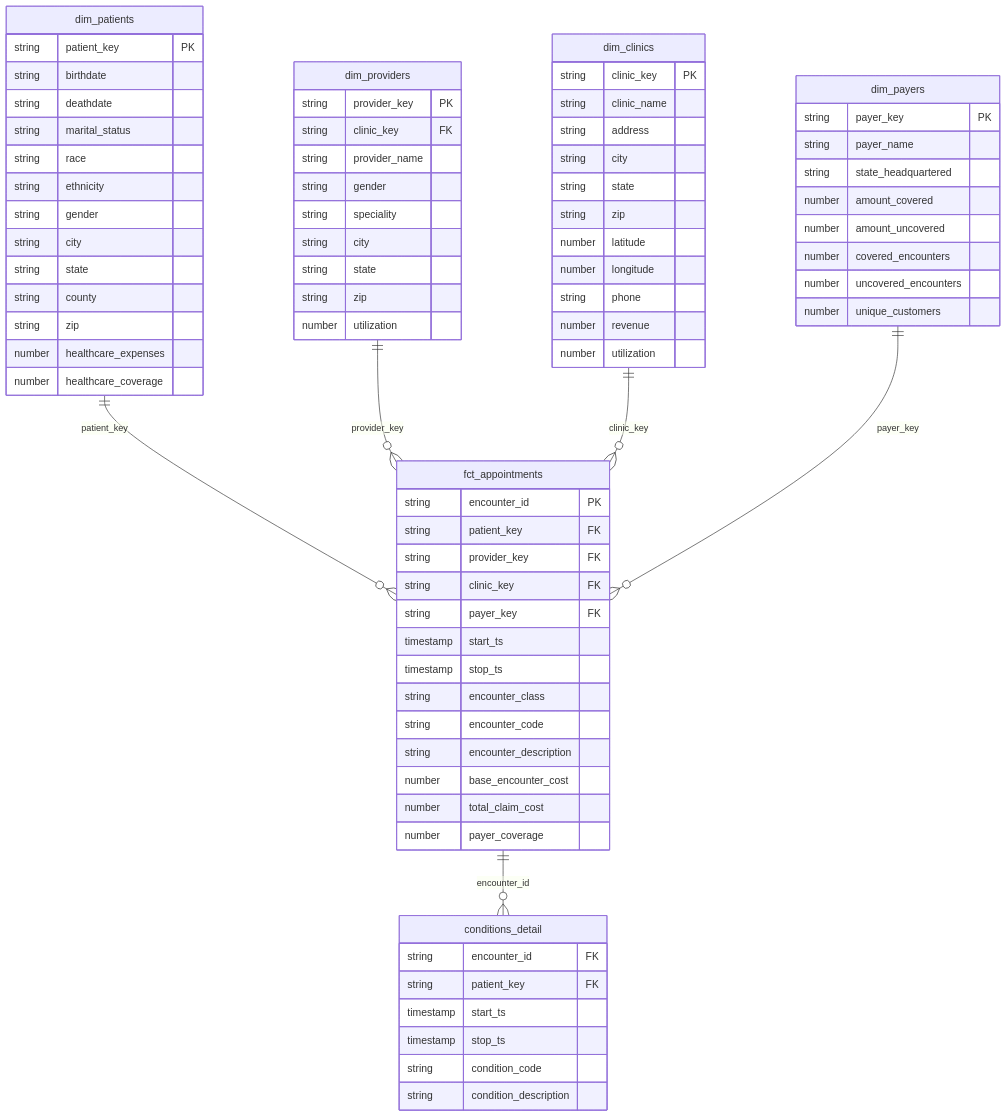
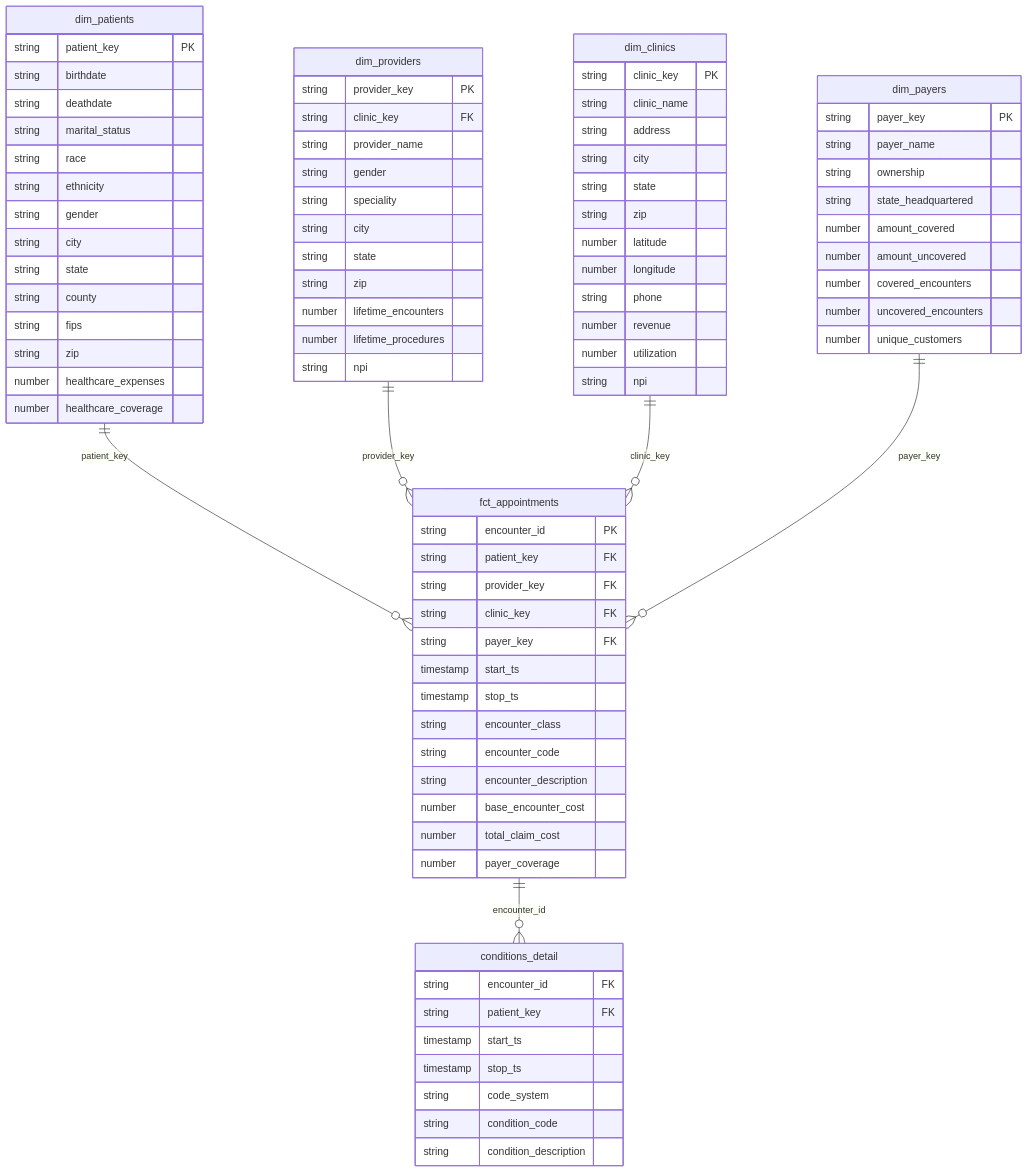
One commit to samuelede/CareSync-Pipeline changed the diagram in docs/entity_relationship.md. Above: the diagram before and after it, drawn with Mermaid. The commit also changed 5 other files, not shown here.

Commit message:
Keep synthetic generator in sync with corrected schema; update docs for real-data workflow

```diff
--- a/docs/entity_relationship.md
+++ b/docs/entity_relationship.md
@@ -26,6 +26,7 @@
         string city
         string state
         string county
+        string fips
         string zip
         number healthcare_expenses
         number healthcare_coverage
@@ -40,7 +41,9 @@
         string city
         string state
         string zip
-        number utilization
+        number lifetime_encounters
+        number lifetime_procedures
+        string npi
     }
 
     dim_clinics {
@@ -55,11 +58,13 @@
         string phone
         number revenue
         number utilization
+        string npi
     }
 
     dim_payers {
         string payer_key PK
         string payer_name
+        string ownership
         string state_headquartered
         number amount_covered
         number amount_uncovered
@@ -89,6 +94,7 @@
         string patient_key FK
         timestamp start_ts
         timestamp stop_ts
+        string code_system
         string condition_code
         string condition_description
     }
```
